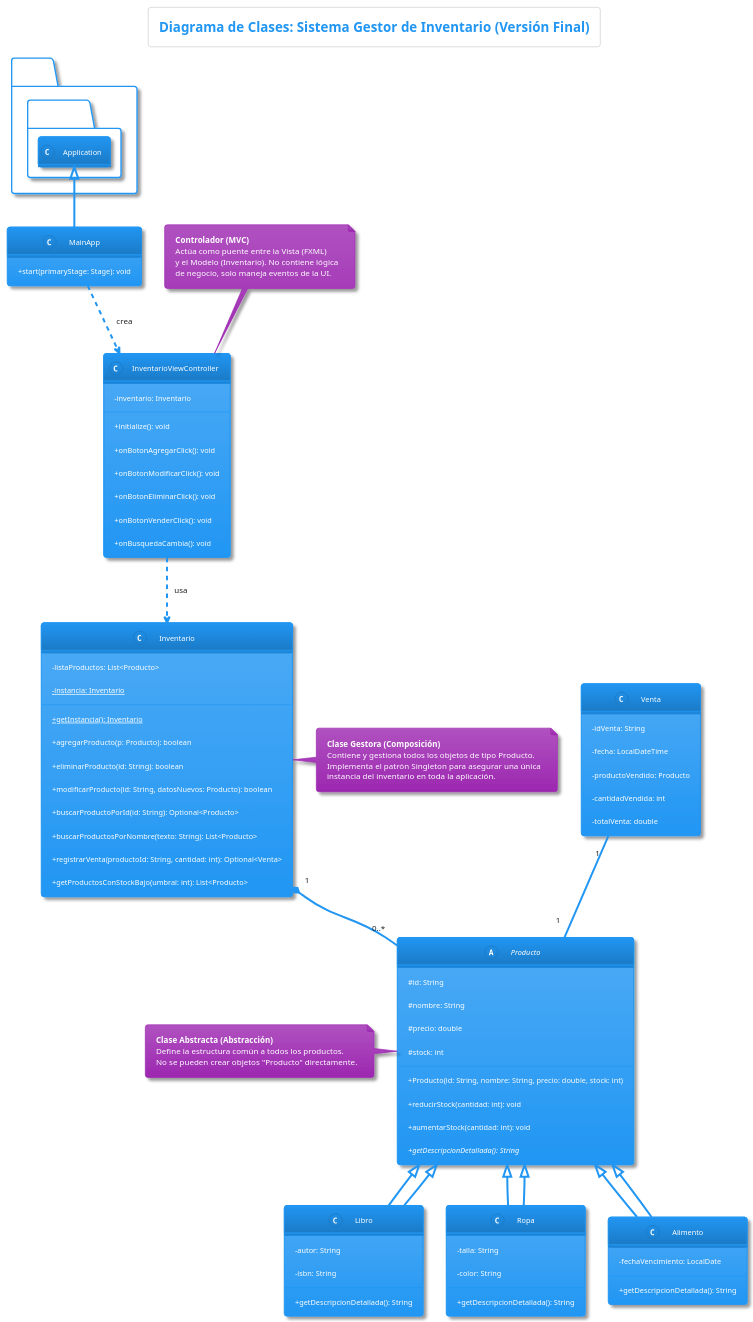
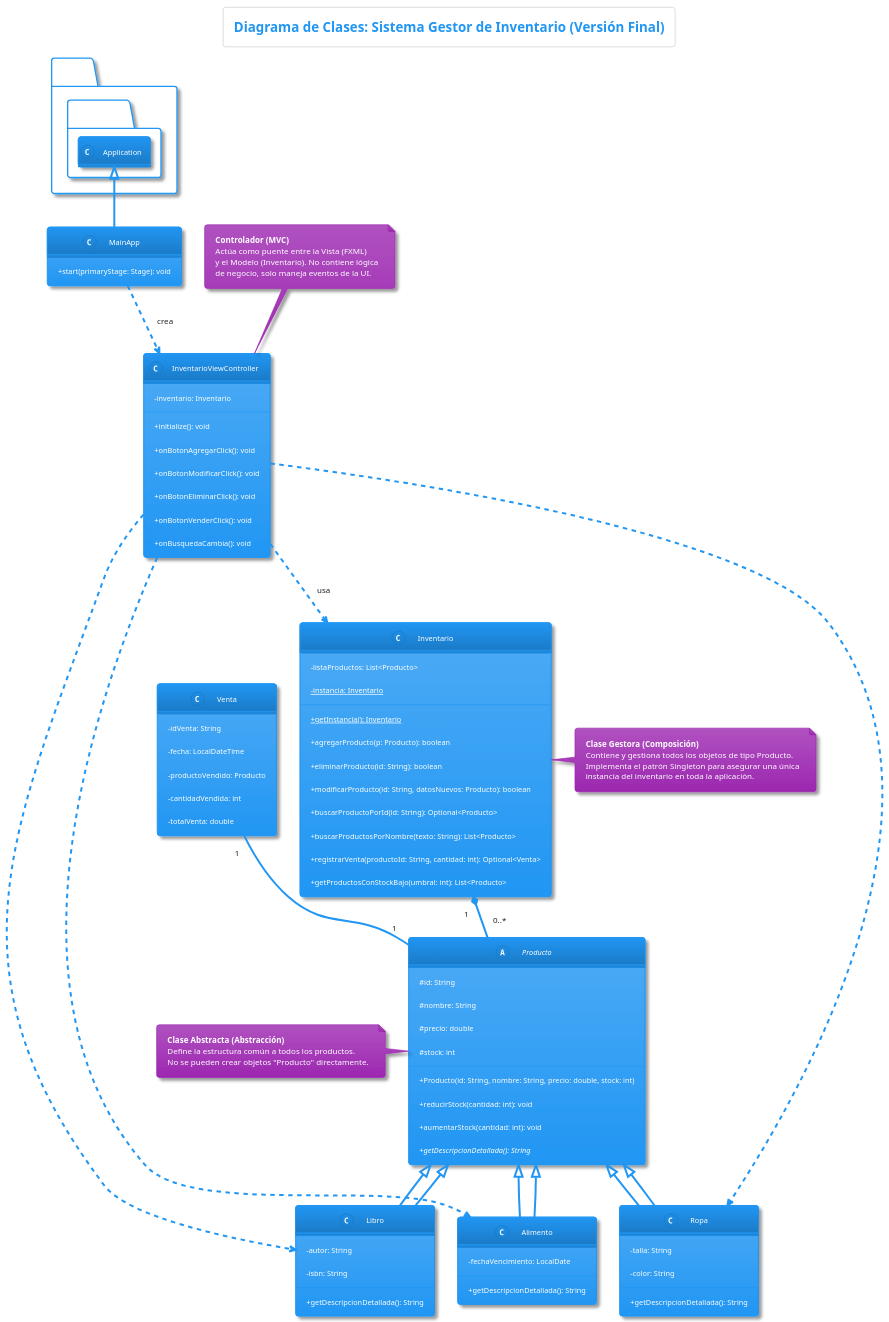
Before and after one commit to TomasChac/chacana.tomas-fernandez.victoria-Proyecto.2025.1: the diagram in diagrama_clases.puml, drawn with PlantUML. The commit also changed 7 other files, not shown here.

```diff
--- a/diagrama_clases.puml
+++ b/diagrama_clases.puml
@@ -1,120 +1,124 @@
 @startuml Gestor de Inventario
 
 !theme materia
 skinparam classAttributeIconSize 0
 hide empty members
 
 title Diagrama de Clases: Sistema Gestor de Inventario (Versión Final)
 
 ' === CLASES PRINCIPALES (EL MODELO) ===
 
 abstract class Producto {
   # id: String
   # nombre: String
   # precio: double
   # stock: int
   --
   + Producto(id: String, nombre: String, precio: double, stock: int)
   + reducirStock(cantidad: int): void
   + aumentarStock(cantidad: int): void
   + {abstract} getDescripcionDetallada(): String
 }
 note left of Producto
   **Clase Abstracta (Abstracción)**
   Define la estructura común a todos los productos.
   No se pueden crear objetos "Producto" directamente.
 end note
 
 class Libro extends Producto {
   - autor: String
   - isbn: String
   --
   + getDescripcionDetallada(): String
 }
 
 class Ropa extends Producto {
   - talla: String
   - color: String
   --
   + getDescripcionDetallada(): String
 }
 
 class Alimento extends Producto {
   - fechaVencimiento: LocalDate
   --
   + getDescripcionDetallada(): String
 }
 
-' Clase gestora con los MÉTODOS ACTUALIZADOS
 class Inventario {
   - listaProductos: List<Producto>
   - {static} instancia: Inventario
   --
   + {static} getInstancia(): Inventario
   + agregarProducto(p: Producto): boolean
   + eliminarProducto(id: String): boolean
   + modificarProducto(id: String, datosNuevos: Producto): boolean
   + buscarProductoPorId(id: String): Optional<Producto>
   + buscarProductosPorNombre(texto: String): List<Producto>
   + registrarVenta(productoId: String, cantidad: int): Optional<Venta>
   + getProductosConStockBajo(umbral: int): List<Producto>
 }
 note right of Inventario
   **Clase Gestora (Composición)**
   Contiene y gestiona todos los objetos de tipo Producto.
   Implementa el patrón Singleton para asegurar una única
   instancia del inventario en toda la aplicación.
 end note
 
-' La clase Venta no necesita cambios en su definición aquí
 class Venta {
     - idVenta: String
     - fecha: LocalDateTime
     - productoVendido: Producto
     - cantidadVendida: int
     - totalVenta: double
 }
+
 
 ' === CLASES DE LA INTERFAZ (VISTA Y CONTROLADOR) ===
 
 class MainApp extends javafx.application.Application {
   + start(primaryStage: Stage): void
 }
 
 class InventarioViewController {
   - inventario: Inventario
   --
   + initialize(): void
   + onBotonAgregarClick(): void
   + onBotonModificarClick(): void
   + onBotonEliminarClick(): void
   + onBotonVenderClick(): void
   + onBusquedaCambia(): void
 }
 note top of InventarioViewController
   **Controlador (MVC)**
   Actúa como puente entre la Vista (FXML)
   y el Modelo (Inventario). No contiene lógica
   de negocio, solo maneja eventos de la UI.
 end note
 
 
 ' === RELACIONES ENTRE CLASES ===
 
-' Herencia (sin cambios)
+' Herencia
 Producto <|-- Libro
 Producto <|-- Ropa
 Producto <|-- Alimento
 
-' Composición (sin cambios)
+' Composición
 Inventario "1" *-- "0..*" Producto
 
-' Asociación (RELACIÓN ACTUALIZADA)
-' Ahora una Venta se asocia con exactamente 1 Producto
+' Asociación
 Venta "1" -- "1" Producto
 
-' Dependencias (sin cambios)
+' Dependencias
 InventarioViewController ..> Inventario : usa
 MainApp ..> InventarioViewController : crea
 
+' Dependencias del controlador a los tipos concretos (AJUSTE FINAL)
+' Indica que el controlador necesita conocer los tipos para el formulario.
+InventarioViewController ..> Libro
+InventarioViewController ..> Ropa
+InventarioViewController ..> Alimento
+
 @enduml
```
